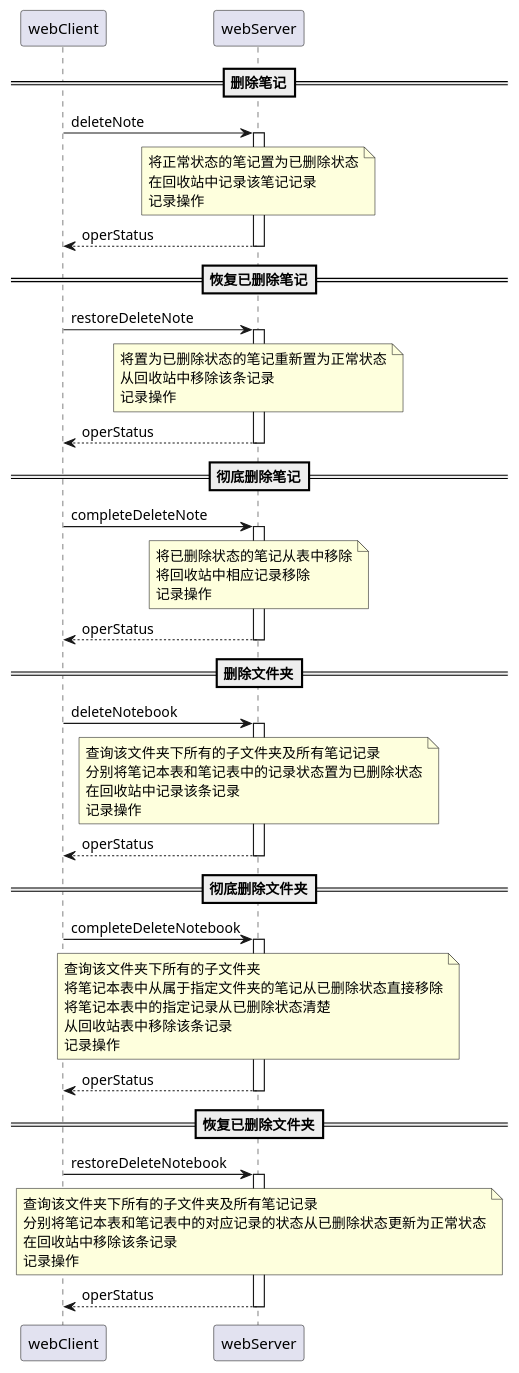
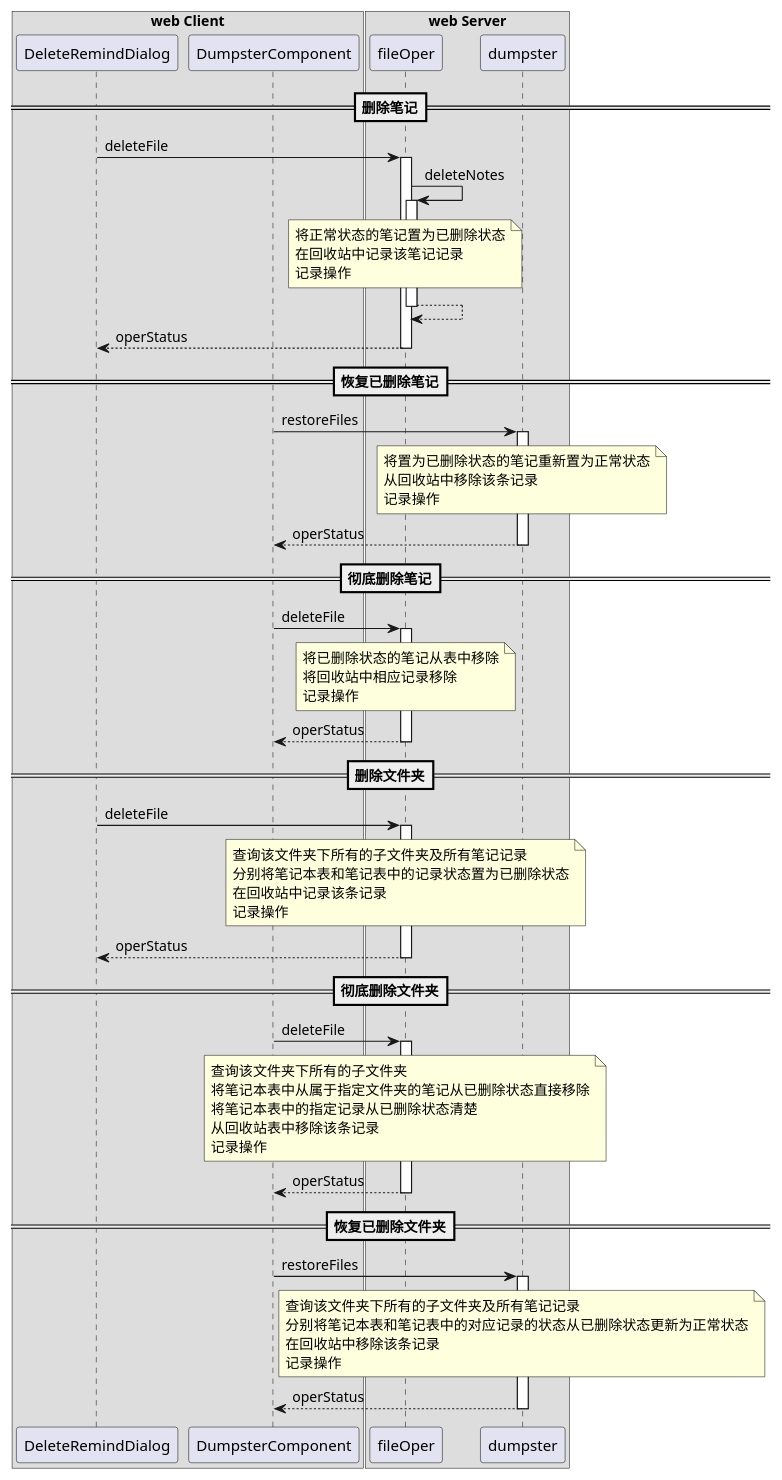
The diagram in Web/between-network/docs/业务流程图.plantuml (BetweenOneway/PersonalLearn), drawn with PlantUML before and after one commit.

Commit message:
优化between-network业务流程图

```diff
--- a/Web/between-network/docs/业务流程图.plantuml
+++ b/Web/between-network/docs/业务流程图.plantuml
@@ -1,64 +1,76 @@
 @startuml
 autoactivate on
 
+box "web Client"
+participant DeleteRemindDialog
+participant DumpsterComponent
+end box
+
+box "web Server"
+participant fileOper
+participant dumpster
+end box
+
 ==删除笔记==
-webClient->webServer:deleteNote
-    note over webServer
-        将正常状态的笔记置为已删除状态
-        在回收站中记录该笔记记录
-        记录操作
-    end note
+DeleteRemindDialog->fileOper:deleteFile
+    fileOper->fileOper:deleteNotes
+        note over fileOper
+            将正常状态的笔记置为已删除状态
+            在回收站中记录该笔记记录
+            记录操作
+        end note
+    return
 return operStatus
 
 ==恢复已删除笔记==
-webClient->webServer:restoreDeleteNote
-    note over webServer
+DumpsterComponent->dumpster:restoreFiles
+    note over dumpster
         将置为已删除状态的笔记重新置为正常状态
         从回收站中移除该条记录
         记录操作
     end note
 return operStatus
 
 ==彻底删除笔记==
-webClient->webServer:completeDeleteNote
-    note over webServer
+DumpsterComponent->fileOper:deleteFile
+    note over fileOper
         将已删除状态的笔记从表中移除
         将回收站中相应记录移除
         记录操作
     end note
 return operStatus
 
 ==删除文件夹==
 
-webClient->webServer:deleteNotebook
-    note over webServer
+DeleteRemindDialog->fileOper:deleteFile
+    note over fileOper
         查询该文件夹下所有的子文件夹及所有笔记记录
         分别将笔记本表和笔记表中的记录状态置为已删除状态
         在回收站中记录该条记录
         记录操作
     end note
 return operStatus
 
 ==彻底删除文件夹==
 
-webClient->webServer:completeDeleteNotebook
-    note over webServer
+DumpsterComponent->fileOper:deleteFile
+    note over fileOper
         查询该文件夹下所有的子文件夹
         将笔记本表中从属于指定文件夹的笔记从已删除状态直接移除
         将笔记本表中的指定记录从已删除状态清楚
         从回收站表中移除该条记录
         记录操作
     end note
 return operStatus
 
 ==恢复已删除文件夹==
 
-webClient->webServer:restoreDeleteNotebook
-    note over webServer
+DumpsterComponent->dumpster:restoreFiles
+    note over dumpster
         查询该文件夹下所有的子文件夹及所有笔记记录
         分别将笔记本表和笔记表中的对应记录的状态从已删除状态更新为正常状态
         在回收站中移除该条记录
         记录操作
     end note
 return operStatus
 @enduml
```
